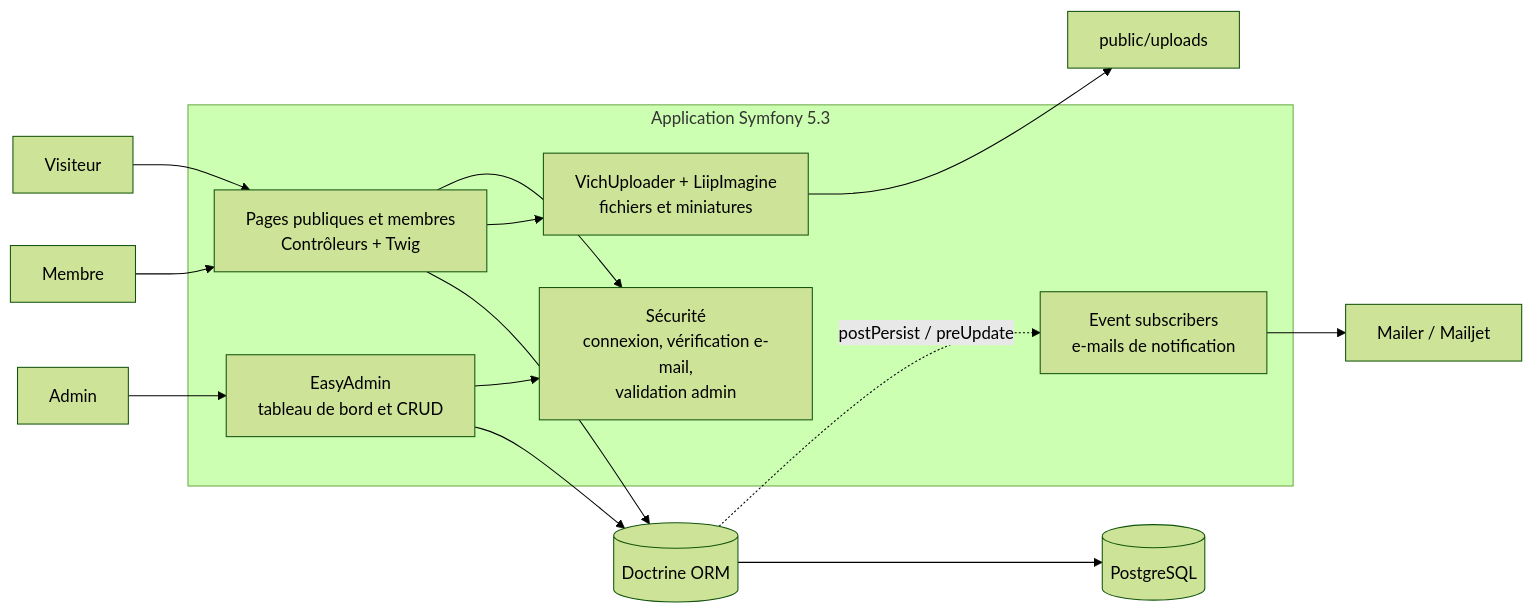
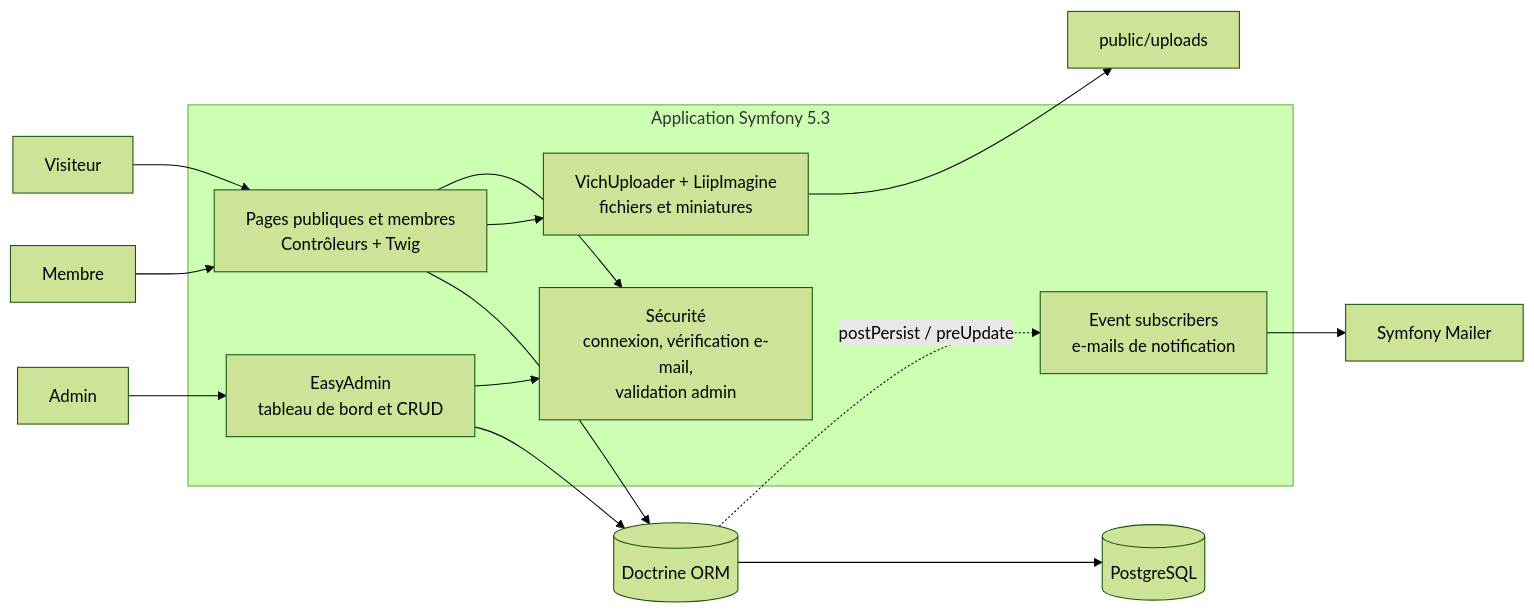
One commit to lokiap/SQVALD changed the first of 3 diagrams in README.fr.md. Above: the diagram before and after it, drawn with Mermaid (forest theme). The commit also changed other lines of this file and 5 other files, not shown here.

````diff
--- a/README.fr.md
+++ b/README.fr.md
@@ -49,23 +50,23 @@
 ```mermaid
 flowchart LR
     V[Visiteur] --> P
     M[Membre] --> P
     A[Admin] --> AD
 
     subgraph Symfony["Application Symfony 5.3"]
         P["Pages publiques et membres<br/>Contrôleurs + Twig"]
         AD["EasyAdmin<br/>tableau de bord et CRUD"]
         SEC["Sécurité<br/>connexion, vérification e-mail,<br/>validation admin"]
         SUB["Event subscribers<br/>e-mails de notification"]
         UP["VichUploader + LiipImagine<br/>fichiers et miniatures"]
     end
 
     P --> SEC
     AD --> SEC
     P --> UP
     P & AD --> ORM[(Doctrine ORM)]
     ORM --> DB[(PostgreSQL)]
     ORM -. postPersist / preUpdate .-> SUB
-    SUB --> MAIL[Mailer / Mailjet]
+    SUB --> MAIL[Symfony Mailer]
     UP --> FS[public/uploads]
 ```
````
